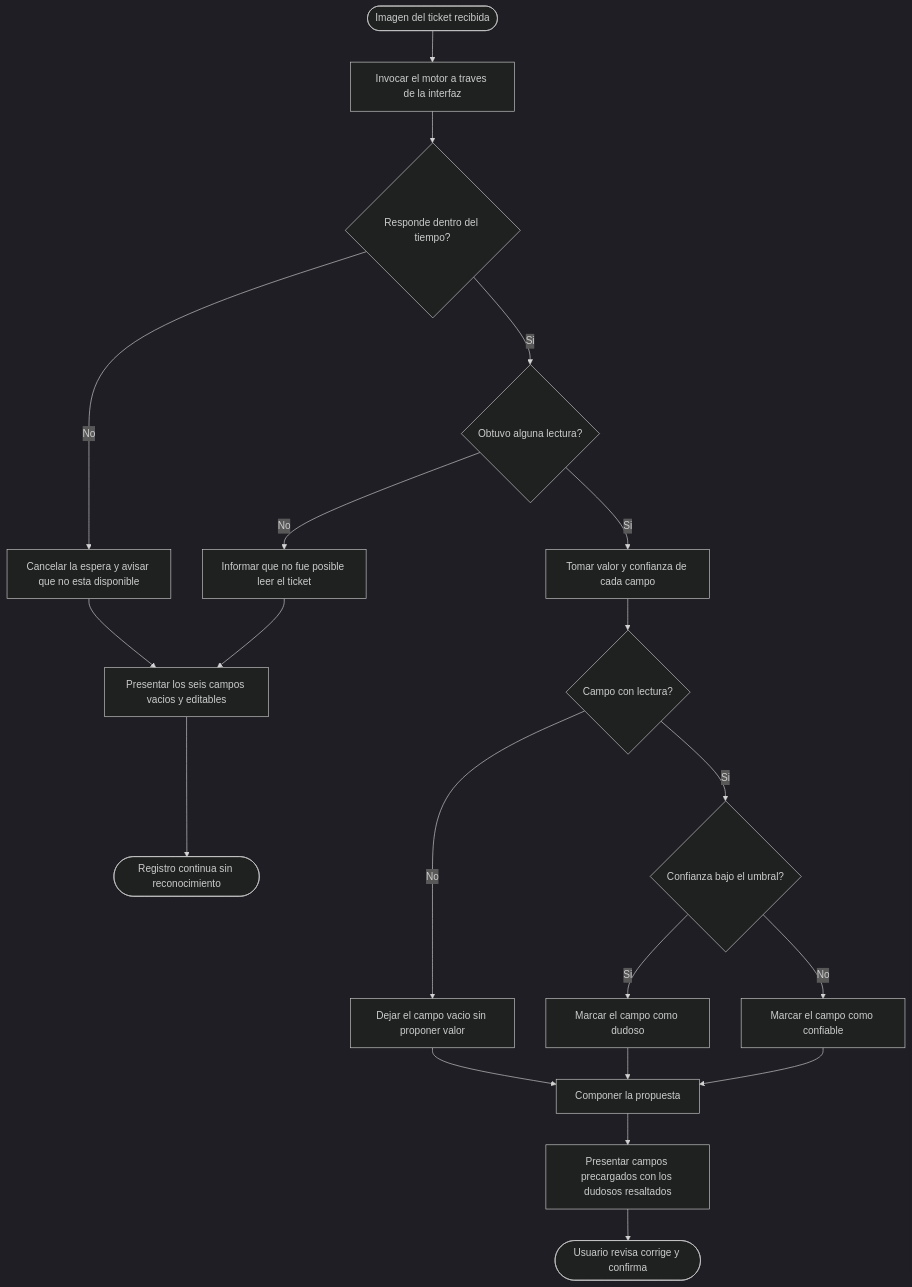
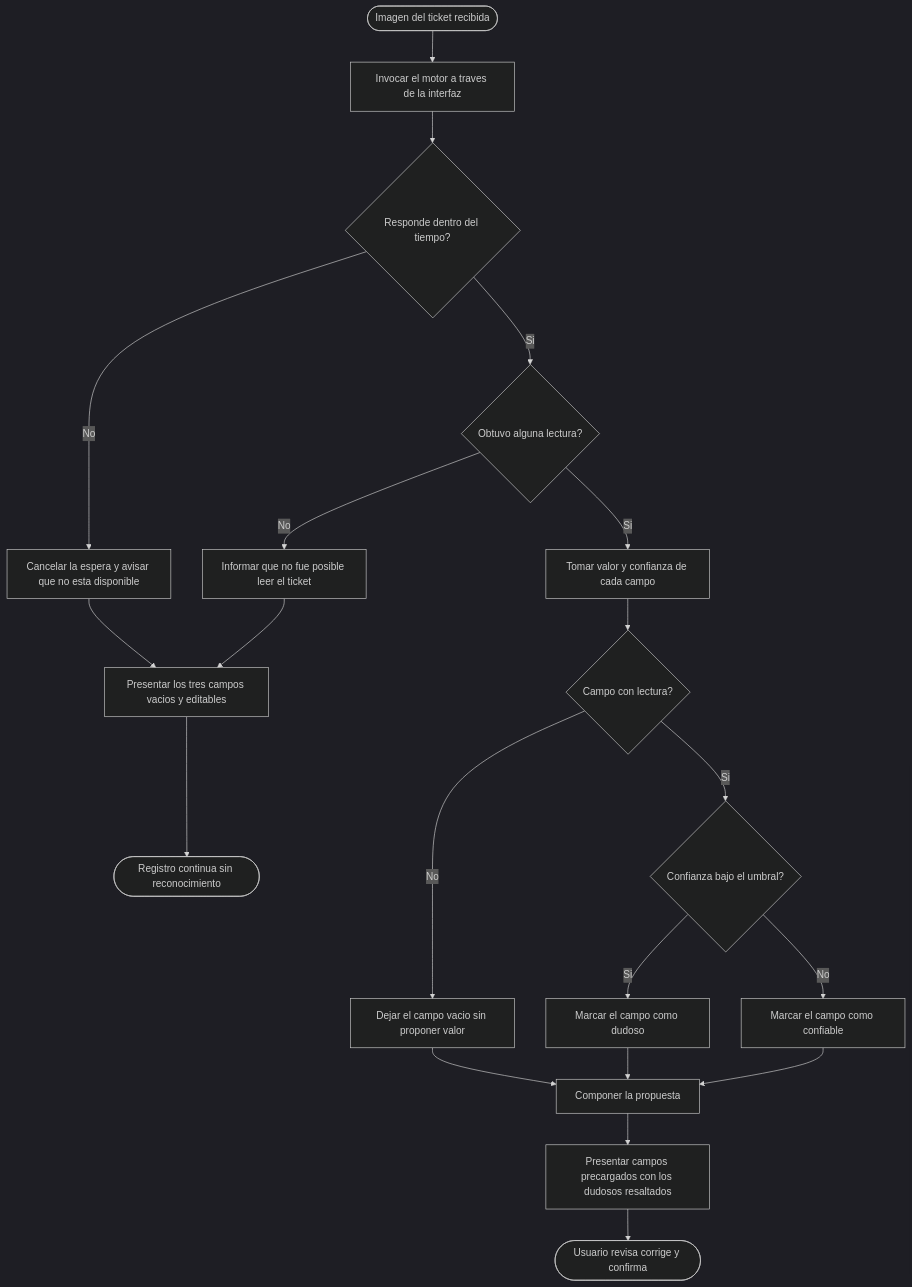
Before and after one commit to adlerOmonte1/LogisticaMinera: the first of 3 diagrams in docs/modulos/M04-reconocimiento/diagramas/actividades.md, drawn with Mermaid (dark theme). The commit also changed other lines of this file and 91 other files, not shown here.

````diff
--- a/docs/modulos/M04-reconocimiento/diagramas/actividades.md
+++ b/docs/modulos/M04-reconocimiento/diagramas/actividades.md
@@ -5,22 +5,22 @@
 ```mermaid
 flowchart TD
     I([Imagen del ticket recibida]) --> R1[Invocar el motor a traves de la interfaz]
     R1 --> D1{Responde dentro del tiempo?}
     D1 -->|No| E1[Cancelar la espera y avisar que no esta disponible]
-    E1 --> L1[Presentar los seis campos vacios y editables]
+    E1 --> L1[Presentar los tres campos vacios y editables]
     D1 -->|Si| D2{Obtuvo alguna lectura?}
     D2 -->|No| E2[Informar que no fue posible leer el ticket]
     E2 --> L1
     D2 -->|Si| R2[Tomar valor y confianza de cada campo]
     R2 --> D3{Campo con lectura?}
     D3 -->|No| A1[Dejar el campo vacio sin proponer valor]
     D3 -->|Si| D4{Confianza bajo el umbral?}
     D4 -->|Si| A2[Marcar el campo como dudoso]
     D4 -->|No| A3[Marcar el campo como confiable]
     A1 --> C1[Componer la propuesta]
     A2 --> C1
     A3 --> C1
     C1 --> L2[Presentar campos precargados con los dudosos resaltados]
     L1 --> F([Registro continua sin reconocimiento])
     L2 --> F2([Usuario revisa corrige y confirma])
 ```
````
